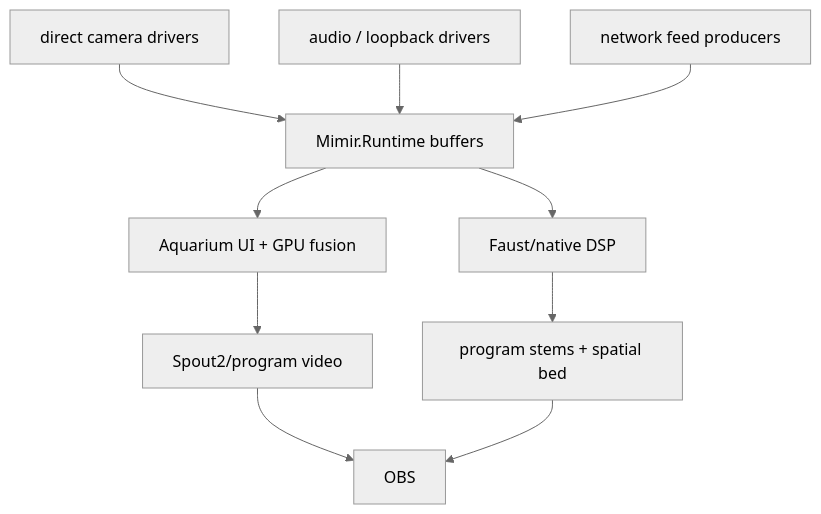
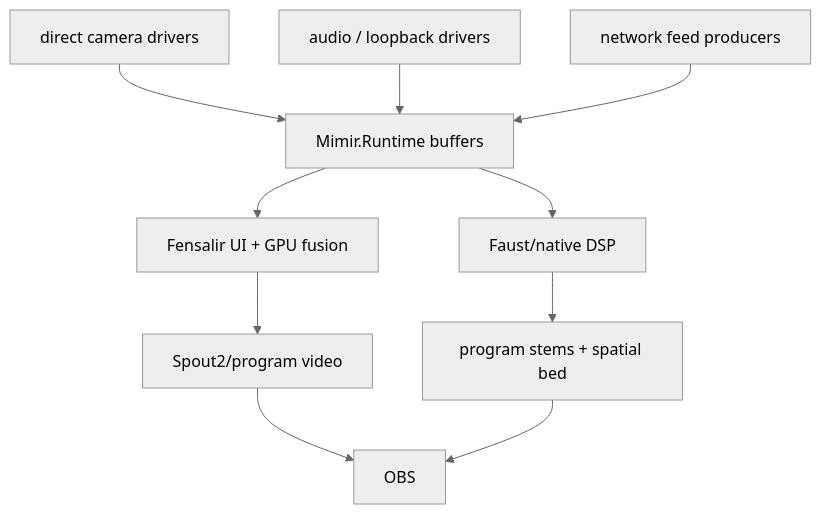
Before and after one commit to GameCult/Mimir: the diagram in docs/native-rebuild-plan.md, drawn with Mermaid (neutral theme). The commit also changed other lines of this file and 16 other files, not shown here.

````diff
--- a/docs/native-rebuild-plan.md
+++ b/docs/native-rebuild-plan.md
@@ -22,12 +22,12 @@
 ```mermaid
 flowchart TD
     C["direct camera drivers"] --> R["Mimir.Runtime buffers"]
     A["audio / loopback drivers"] --> R
     N["network feed producers"] --> R
-    R --> Q["Aquarium UI + GPU fusion"]
+    R --> Q["Fensalir UI + GPU fusion"]
     R --> F["Faust/native DSP"]
     Q --> S["Spout2/program video"]
     F --> P["program stems + spatial bed"]
     S --> O["OBS"]
     P --> O
 ```
````
